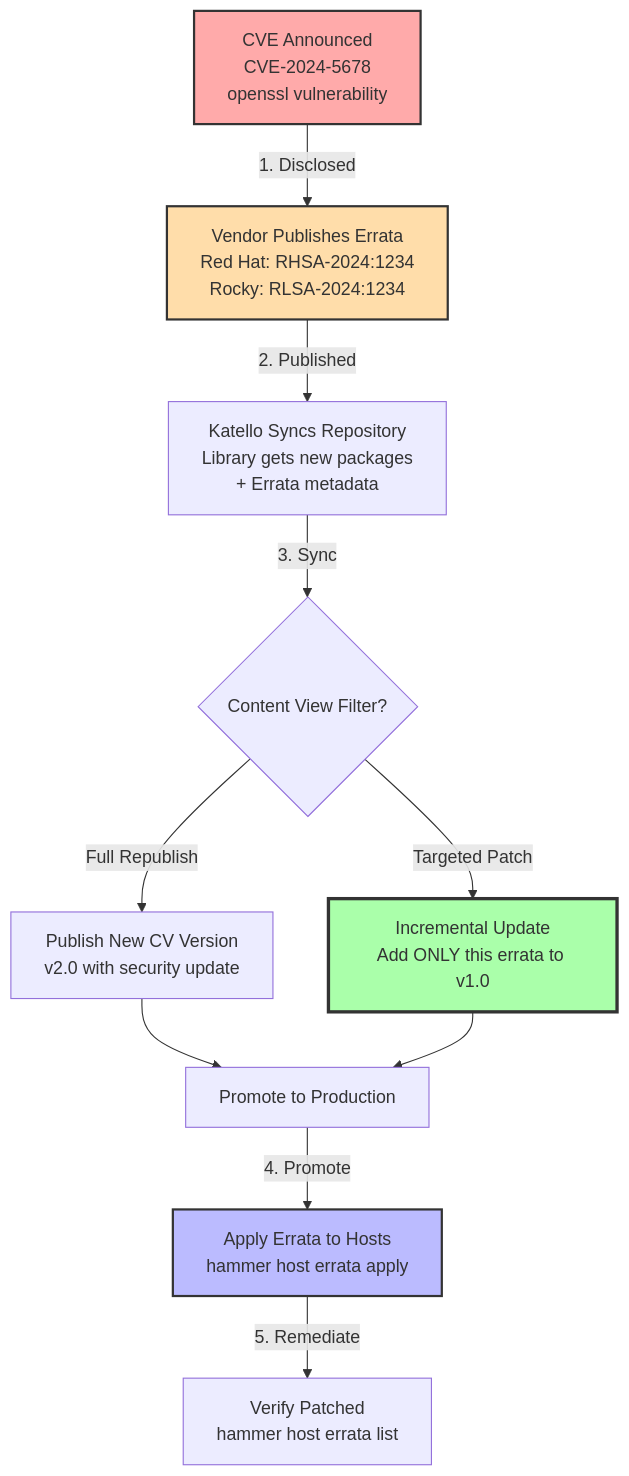
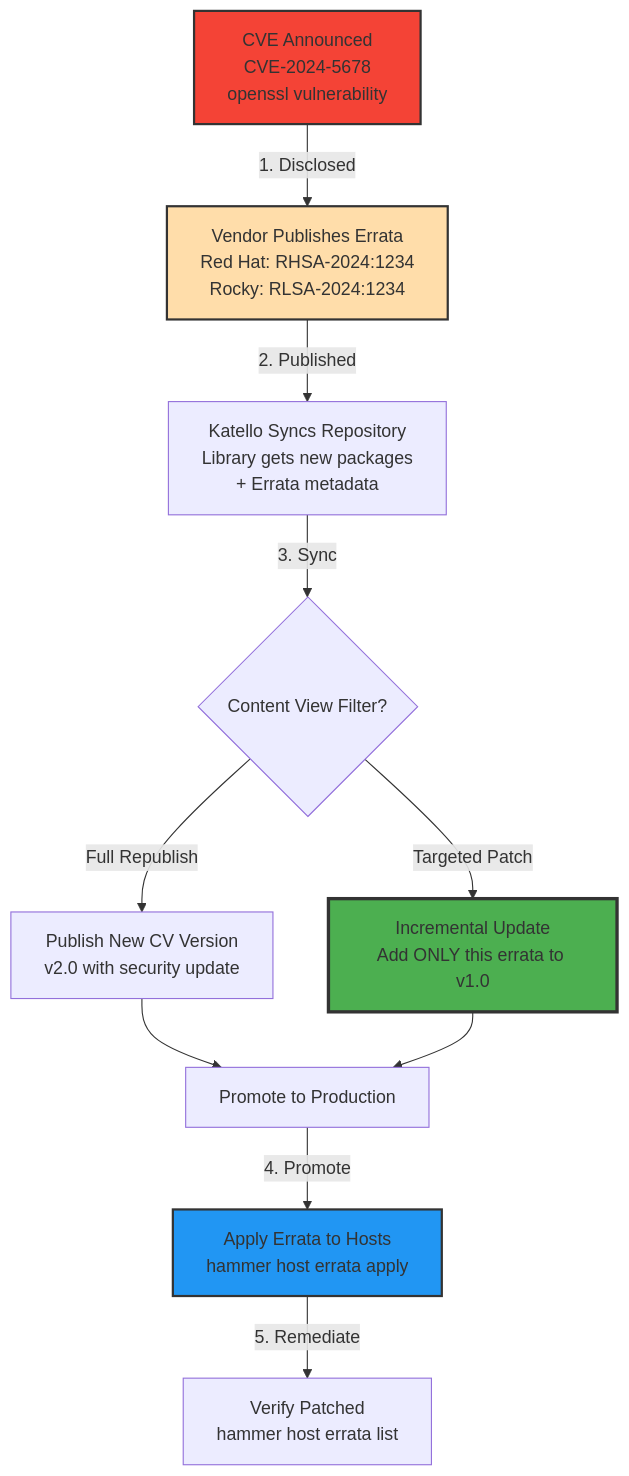
One commit to VBlackJack/ShellBook changed the first of 2 diagrams in docs/formations/katello/04-module.md. Above: the diagram before and after it, drawn with Mermaid. The commit also changed other lines of this file and 337 other files, not shown here.

First line of the commit message:
refactor(docs): Standardize code blocks and Mermaid colors

````diff
--- a/docs/formations/katello/04-module.md
+++ b/docs/formations/katello/04-module.md
@@ -125,27 +125,27 @@
 ```mermaid
 flowchart TD
     CVE[CVE Announced<br/>CVE-2024-5678<br/>openssl vulnerability]
     VENDOR[Vendor Publishes Errata<br/>Red Hat: RHSA-2024:1234<br/>Rocky: RLSA-2024:1234]
     SYNC[Katello Syncs Repository<br/>Library gets new packages<br/>+ Errata metadata]
     FILTER{Content View Filter?}
     PUBLISH[Publish New CV Version<br/>v2.0 with security update]
     INCREMENTAL[Incremental Update<br/>Add ONLY this errata to v1.0]
     PROMOTE[Promote to Production]
     APPLY[Apply Errata to Hosts<br/>hammer host errata apply]
     VERIFY[Verify Patched<br/>hammer host errata list]
 
     CVE -->|1. Disclosed| VENDOR
     VENDOR -->|2. Published| SYNC
     SYNC -->|3. Sync| FILTER
     FILTER -->|Full Republish| PUBLISH
     FILTER -->|Targeted Patch| INCREMENTAL
     PUBLISH --> PROMOTE
     INCREMENTAL --> PROMOTE
     PROMOTE -->|4. Promote| APPLY
     APPLY -->|5. Remediate| VERIFY
 
-    style CVE fill:#faa,stroke:#333,stroke-width:2px
+    style CVE fill:#f44336,stroke:#333,stroke-width:2px
     style VENDOR fill:#fda,stroke:#333,stroke-width:2px
-    style INCREMENTAL fill:#afa,stroke:#333,stroke-width:3px
-    style APPLY fill:#bbf,stroke:#333,stroke-width:2px
+    style INCREMENTAL fill:#4CAF50,stroke:#333,stroke-width:3px
+    style APPLY fill:#2196F3,stroke:#333,stroke-width:2px
 ```
````
